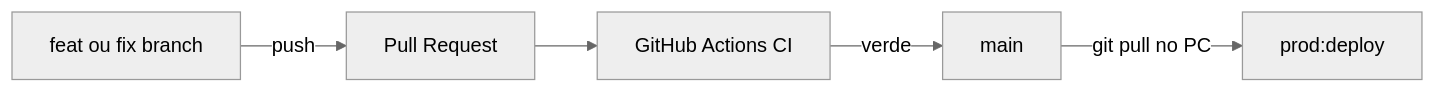
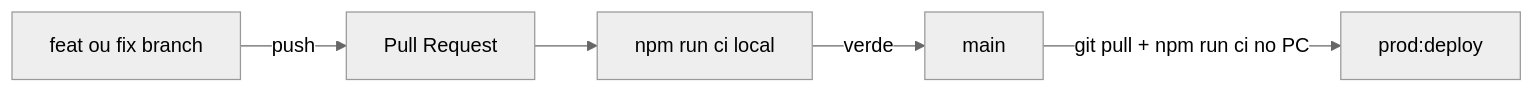
Before and after one commit to filipedsn/cervejaria: the diagram in deploy/README.md, drawn with Mermaid (neutral theme). The commit also changed other lines of this file and 15 other files, not shown here.

````diff
--- a/deploy/README.md
+++ b/deploy/README.md
@@ -223,7 +223,7 @@
 ```mermaid
 flowchart LR
   branch[feat ou fix branch] -->|push| pr[Pull Request]
-  pr --> ci[GitHub Actions CI]
-  ci -->|verde| main[main]
-  main -->|git pull no PC| deploy[prod:deploy]
+  pr --> localCi[npm run ci local]
+  localCi -->|verde| main[main]
+  main -->|git pull + npm run ci no PC| deploy[prod:deploy]
 ```
````
